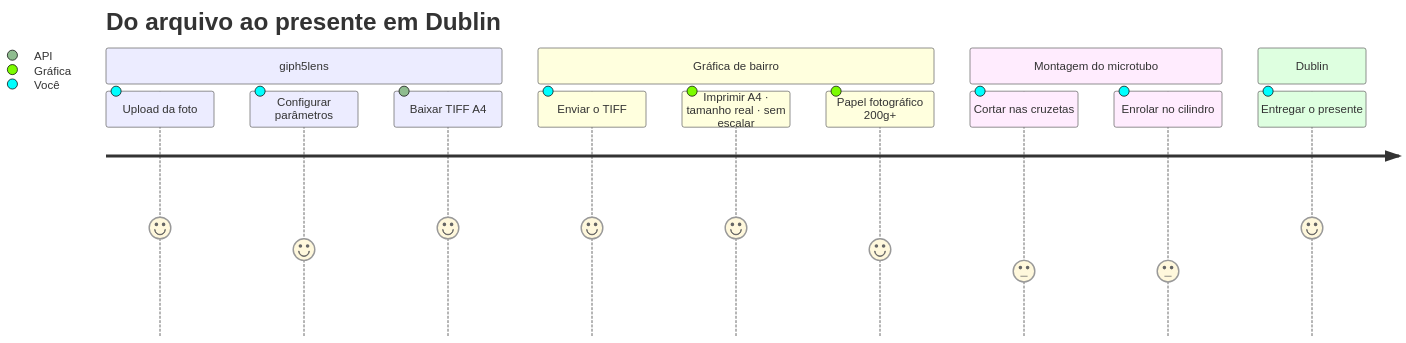
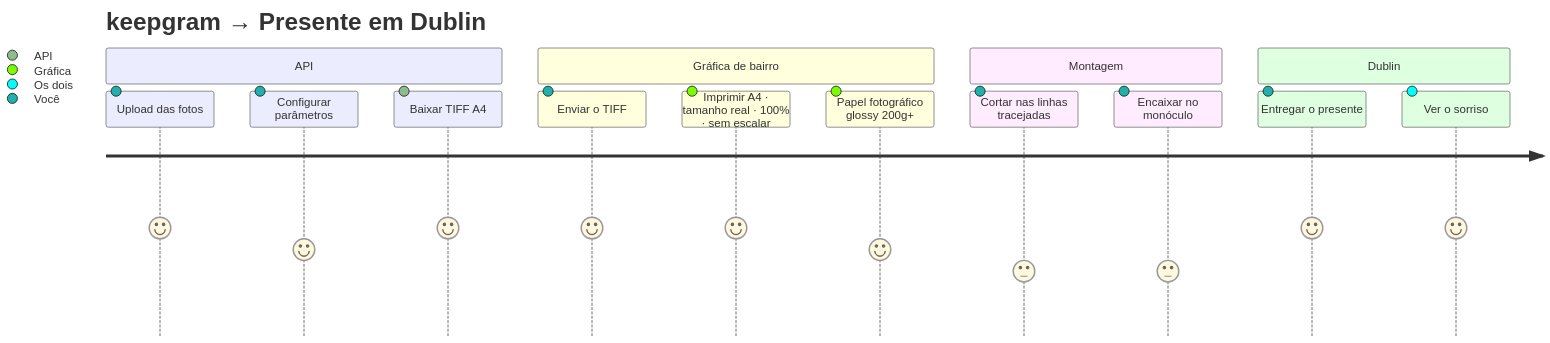
One commit to pizzirano/giph5lens changed the fourth of 5 diagrams in README.md. Above: the diagram before and after it, drawn with Mermaid. The commit also changed other lines of this file, not shown here.

Commit message:
update v3 keepgram

````diff
--- a/README.md
+++ b/README.md
@@ -269,17 +297,18 @@
 ```mermaid
 journey
-    title Do arquivo ao presente em Dublin
-    section giph5lens
-      Upload da foto: 5: Você
+    title keepgram → Presente em Dublin
+    section API
+      Upload das fotos: 5: Você
       Configurar parâmetros: 4: Você
       Baixar TIFF A4: 5: API
     section Gráfica de bairro
       Enviar o TIFF: 5: Você
-      Imprimir A4 · tamanho real · sem escalar: 5: Gráfica
-      Papel fotográfico 200g+: 4: Gráfica
-    section Montagem do microtubo
-      Cortar nas cruzetas: 3: Você
-      Enrolar no cilindro: 3: Você
+      Imprimir A4 · tamanho real · 100% · sem escalar: 5: Gráfica
+      Papel fotográfico glossy 200g+: 4: Gráfica
+    section Montagem
+      Cortar nas linhas tracejadas: 3: Você
+      Encaixar no monóculo: 3: Você
     section Dublin
       Entregar o presente: 5: Você
+      Ver o sorriso: 5: Os dois
 ```
````
